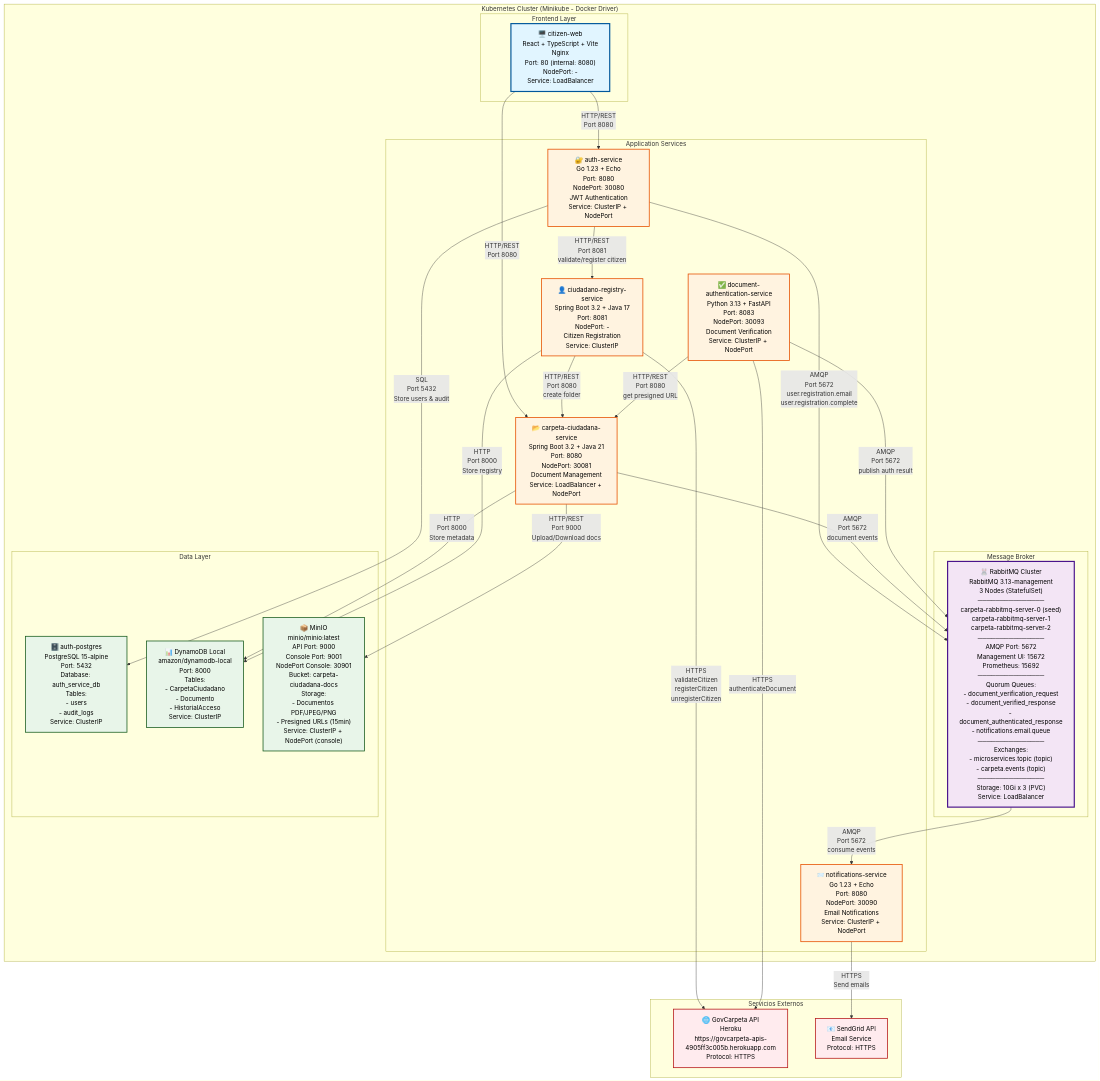
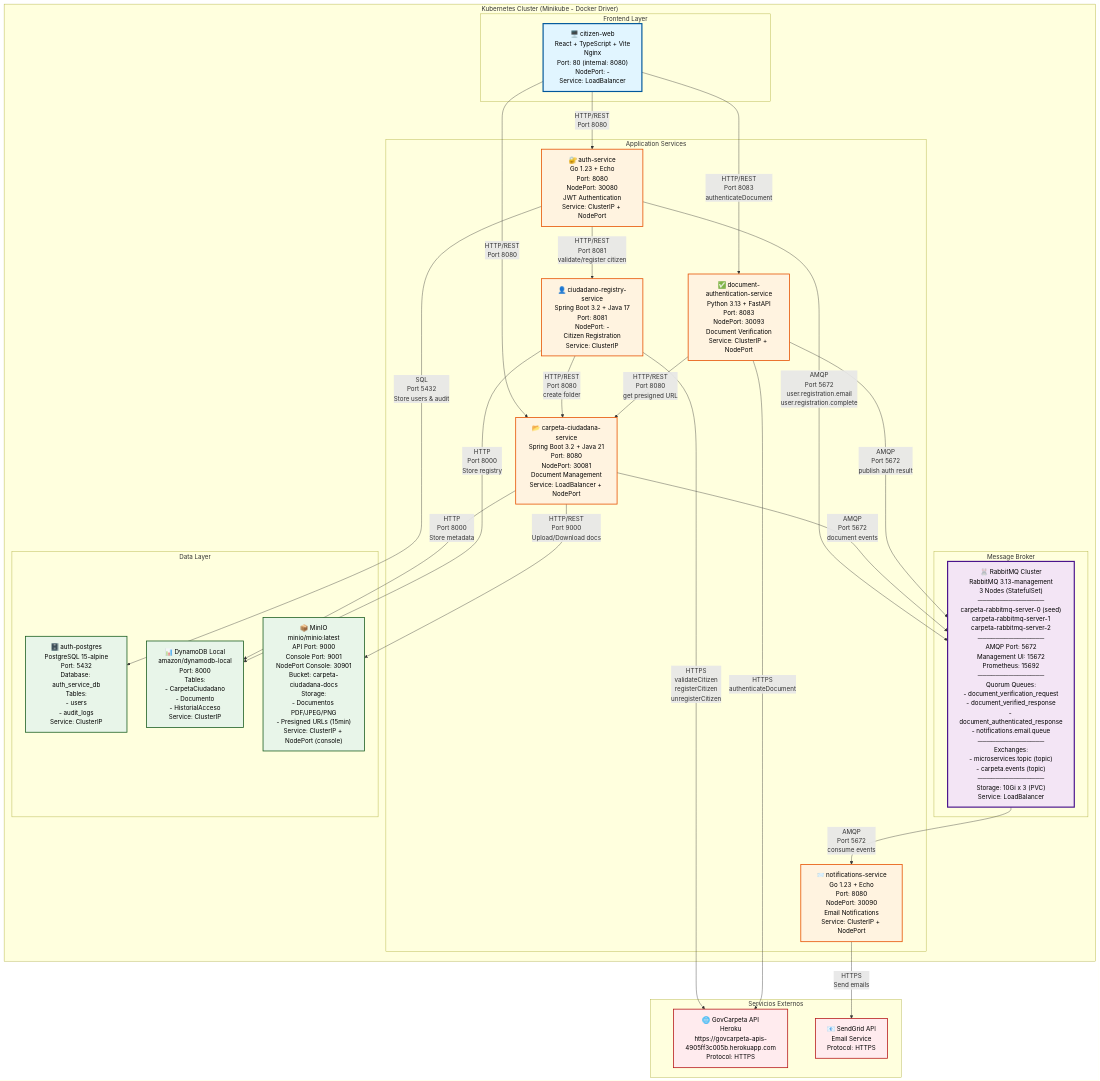
The diagram in docs/diagrama-despliegue.md (edwaraco/carpetaCiudadana), drawn with Mermaid before and after one commit. The commit also changed other lines of this file and 1 other file, not shown here.

Commit message:
Enhance documentation for document authentication service and update deployment diagram with new service connections

````diff
--- a/docs/diagrama-despliegue.md
+++ b/docs/diagrama-despliegue.md
@@ -5,78 +5,79 @@
 ```mermaid
 graph TB
     subgraph "Servicios Externos"
         GovCarpeta["🌐 GovCarpeta API<br/>Heroku<br/>https://govcarpeta-apis-4905ff3c005b.herokuapp.com<br/>Protocol: HTTPS"]
         SendGrid["📧 SendGrid API<br/>Email Service<br/>Protocol: HTTPS"]
     end
 
     subgraph "Kubernetes Cluster (Minikube - Docker Driver)"
         subgraph "Frontend Layer"
             CitizenWeb["🖥️ citizen-web<br/>React + TypeScript + Vite<br/>Nginx<br/>Port: 80 (internal: 8080)<br/>NodePort: -<br/>Service: LoadBalancer"]
         end
 
         subgraph "Application Services"
             AuthService["🔐 auth-service<br/>Go 1.23 + Echo<br/>Port: 8080<br/>NodePort: 30080<br/>JWT Authentication<br/>Service: ClusterIP + NodePort"]
             
             CarpetaService["📂 carpeta-ciudadana-service<br/>Spring Boot 3.2 + Java 21<br/>Port: 8080<br/>NodePort: 30081<br/>Document Management<br/>Service: LoadBalancer + NodePort"]
             
             CiudadanoRegistry["👤 ciudadano-registry-service<br/>Spring Boot 3.2 + Java 17<br/>Port: 8081<br/>NodePort: -<br/>Citizen Registration<br/>Service: ClusterIP"]
             
             DocAuthService["✅ document-authentication-service<br/>Python 3.13 + FastAPI<br/>Port: 8083<br/>NodePort: 30093<br/>Document Verification<br/>Service: ClusterIP + NodePort"]
             
             NotifService["📨 notifications-service<br/>Go 1.23 + Echo<br/>Port: 8080<br/>NodePort: 30090<br/>Email Notifications<br/>Service: ClusterIP + NodePort"]
         end
 
         subgraph "Message Broker"
             RabbitMQ["🐰 RabbitMQ Cluster<br/>RabbitMQ 3.13-management<br/>3 Nodes (StatefulSet)<br/>───────────────<br/>carpeta-rabbitmq-server-0 (seed)<br/>carpeta-rabbitmq-server-1<br/>carpeta-rabbitmq-server-2<br/>───────────────<br/>AMQP Port: 5672<br/>Management UI: 15672<br/>Prometheus: 15692<br/>───────────────<br/>Quorum Queues:<br/>- document_verification_request<br/>- document_verified_response<br/>- document_authenticated_response<br/>- notifications.email.queue<br/>───────────────<br/>Exchanges:<br/>- microservices.topic (topic)<br/>- carpeta.events (topic)<br/>───────────────<br/>Storage: 10Gi x 3 (PVC)<br/>Service: LoadBalancer"]
         end
 
         subgraph "Data Layer"
             AuthPostgres["🗄️ auth-postgres<br/>PostgreSQL 15-alpine<br/>Port: 5432<br/>Database: auth_service_db<br/>Tables:<br/>- users<br/>- audit_logs<br/>Service: ClusterIP"]
             
             DynamoDB["📊 DynamoDB Local<br/>amazon/dynamodb-local<br/>Port: 8000<br/>Tables:<br/>- CarpetaCiudadano<br/>- Documento<br/>- HistorialAcceso<br/>Service: ClusterIP"]
             
             MinIO["📦 MinIO<br/>minio/minio:latest<br/>API Port: 9000<br/>Console Port: 9001<br/>NodePort Console: 30901<br/>Bucket: carpeta-ciudadana-docs<br/>Storage:<br/>- Documentos PDF/JPEG/PNG<br/>- Presigned URLs (15min)<br/>Service: ClusterIP + NodePort (console)"]
         end
     end
 
     %% Frontend to Services
     CitizenWeb -->|"HTTP/REST<br/>Port 8080"| AuthService
     CitizenWeb -->|"HTTP/REST<br/>Port 8080"| CarpetaService
+    CitizenWeb -->|"HTTP/REST<br/>Port 8083<br/>authenticateDocument"| DocAuthService
     
     %% Auth Service connections
     AuthService -->|"HTTP/REST<br/>Port 8081<br/>validate/register citizen"| CiudadanoRegistry
     AuthService -->|"AMQP<br/>Port 5672<br/>user.registration.email<br/>user.registration.complete"| RabbitMQ
     AuthService -->|"SQL<br/>Port 5432<br/>Store users & audit"| AuthPostgres
     
     %% Carpeta Service connections
     CarpetaService -->|"HTTP/REST<br/>Port 9000<br/>Upload/Download docs"| MinIO
     CarpetaService -->|"HTTP<br/>Port 8000<br/>Store metadata"| DynamoDB
     CarpetaService -->|"AMQP<br/>Port 5672<br/>document events"| RabbitMQ
     
     %% Ciudadano Registry connections
     CiudadanoRegistry -->|"HTTPS<br/>validateCitizen<br/>registerCitizen<br/>unregisterCitizen"| GovCarpeta
     CiudadanoRegistry -->|"HTTP/REST<br/>Port 8080<br/>create folder"| CarpetaService
     CiudadanoRegistry -->|"HTTP<br/>Port 8000<br/>Store registry"| DynamoDB
     
     %% Document Auth Service connections
     DocAuthService -->|"HTTP/REST<br/>Port 8080<br/>get presigned URL"| CarpetaService
     DocAuthService -->|"HTTPS<br/>authenticateDocument"| GovCarpeta
     DocAuthService -->|"AMQP<br/>Port 5672<br/>publish auth result"| RabbitMQ
     
     %% Notifications Service connections
     RabbitMQ -->|"AMQP<br/>Port 5672<br/>consume events"| NotifService
     NotifService -->|"HTTPS<br/>Send emails"| SendGrid
     
     %% Styling
     classDef frontend fill:#e1f5ff,stroke:#01579b,stroke-width:3px,color:#000
     classDef service fill:#fff3e0,stroke:#e65100,stroke-width:2px,color:#000
     classDef messaging fill:#f3e5f5,stroke:#4a148c,stroke-width:3px,color:#000
     classDef database fill:#e8f5e9,stroke:#1b5e20,stroke-width:2px,color:#000
     classDef external fill:#ffebee,stroke:#b71c1c,stroke-width:2px,color:#000
     
     class CitizenWeb frontend
     class AuthService,CarpetaService,CiudadanoRegistry,DocAuthService,NotifService service
     class RabbitMQ messaging
     class AuthPostgres,DynamoDB,MinIO database
     class GovCarpeta,SendGrid external
 ```
````
